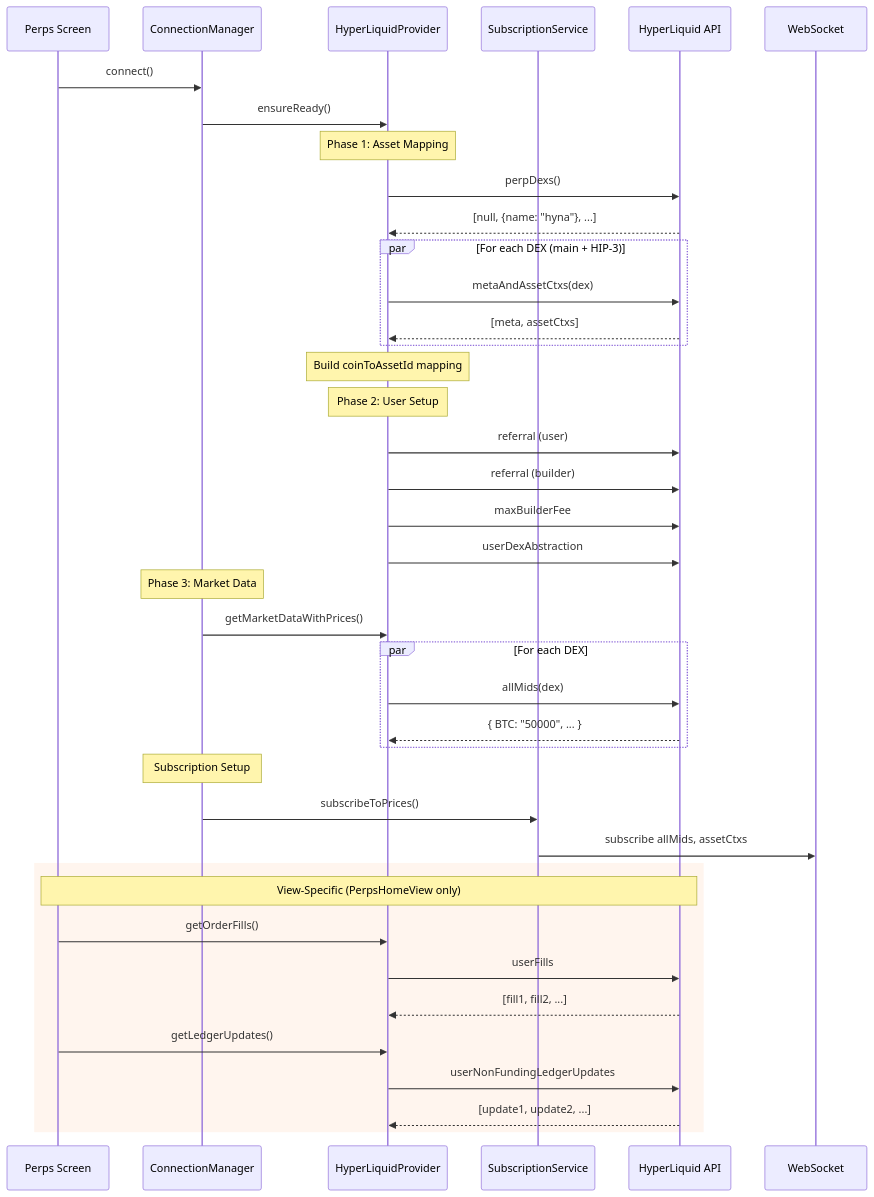
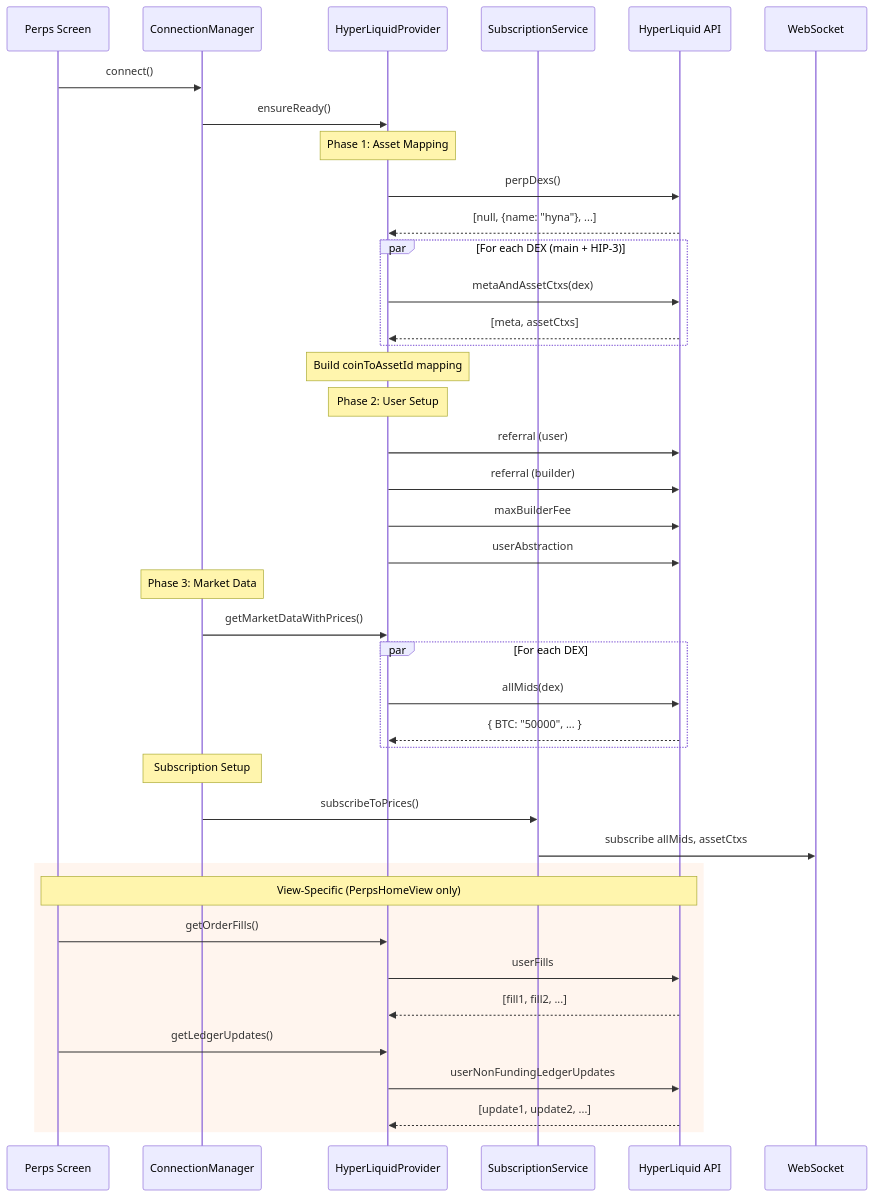
One commit to MetaMask/metamask-mobile changed the first of 4 diagrams in docs/perps/hyperliquid/init-flow.md. Above: the diagram before and after it, drawn with Mermaid. The commit also changed other lines of this file and 3 other files, not shown here.

First line of the commit message:
fix(perps): defer dexAbstraction → unifiedAccount migration to action time

````diff
--- a/docs/perps/hyperliquid/init-flow.md
+++ b/docs/perps/hyperliquid/init-flow.md
@@ -43,51 +43,51 @@
 ```mermaid
 sequenceDiagram
     participant UI as Perps Screen
     participant CM as ConnectionManager
     participant HLP as HyperLiquidProvider
     participant SS as SubscriptionService
     participant API as HyperLiquid API
     participant WS as WebSocket
 
     UI->>CM: connect()
     CM->>HLP: ensureReady()
 
     Note over HLP: Phase 1: Asset Mapping
     HLP->>API: perpDexs()
     API-->>HLP: [null, {name: "hyna"}, ...]
 
     par For each DEX (main + HIP-3)
         HLP->>API: metaAndAssetCtxs(dex)
         API-->>HLP: [meta, assetCtxs]
     end
 
     Note over HLP: Build coinToAssetId mapping
 
     Note over HLP: Phase 2: User Setup
     HLP->>API: referral (user)
     HLP->>API: referral (builder)
     HLP->>API: maxBuilderFee
-    HLP->>API: userDexAbstraction
+    HLP->>API: userAbstraction
 
     Note over CM: Phase 3: Market Data
     CM->>HLP: getMarketDataWithPrices()
 
     par For each DEX
         HLP->>API: allMids(dex)
         API-->>HLP: { BTC: "50000", ... }
     end
 
     Note over CM: Subscription Setup
     CM->>SS: subscribeToPrices()
     SS->>WS: subscribe allMids, assetCtxs
 
     rect rgb(255, 245, 238)
         Note over UI,API: View-Specific (PerpsHomeView only)
         UI->>HLP: getOrderFills()
         HLP->>API: userFills
         API-->>HLP: [fill1, fill2, ...]
         UI->>HLP: getLedgerUpdates()
         HLP->>API: userNonFundingLedgerUpdates
         API-->>HLP: [update1, update2, ...]
     end
 ```
````
